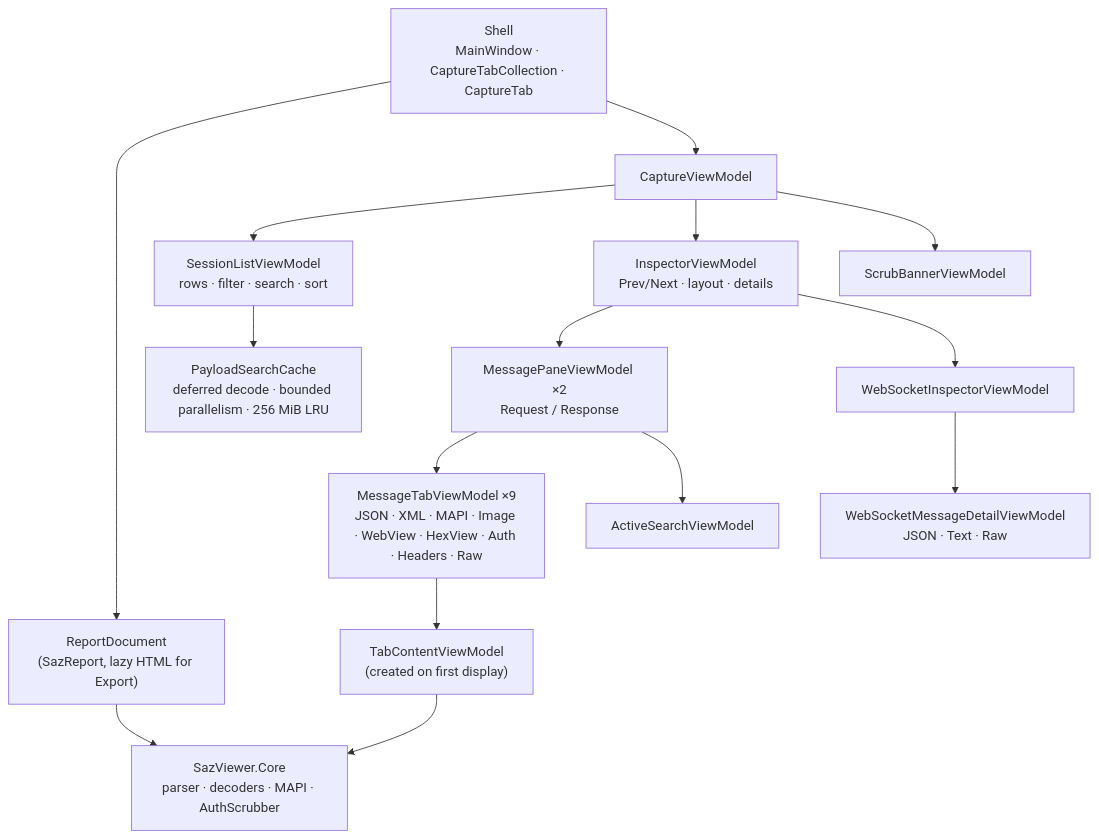
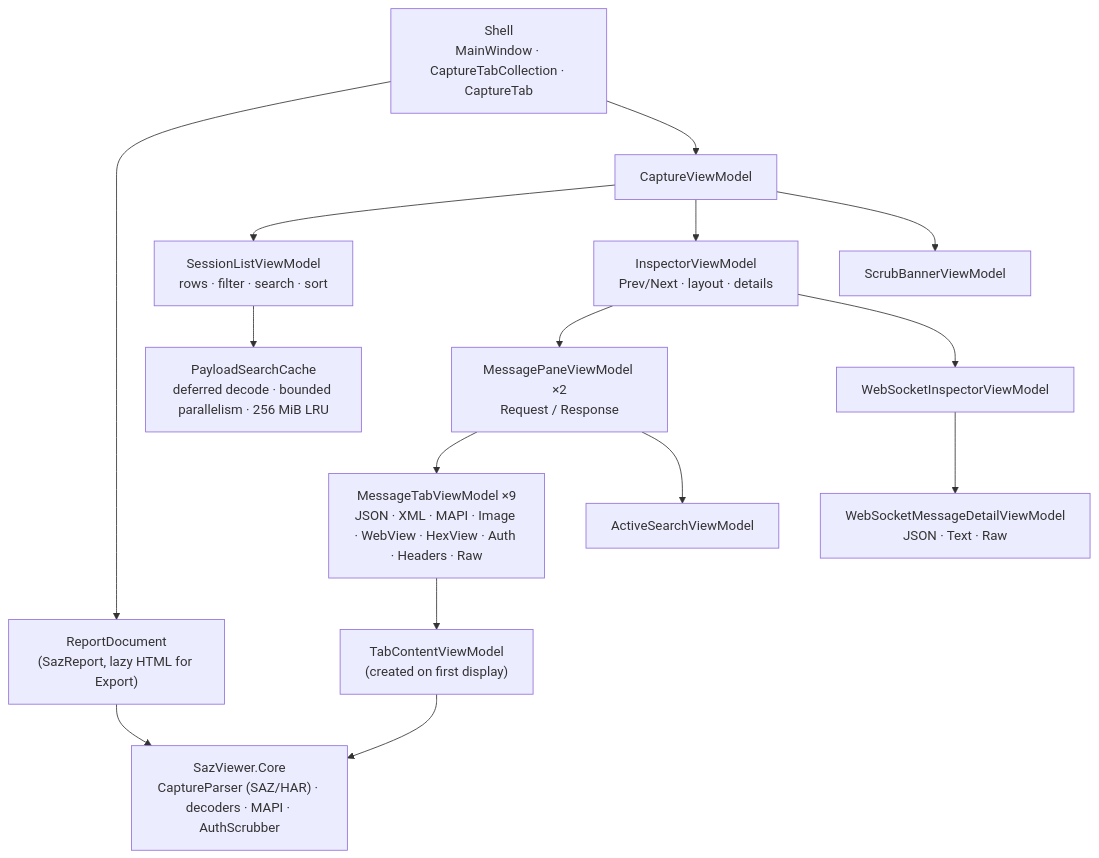
The first of 2 diagrams in docs/architecture/desktop-app.md (macienMSFT/Saz-Viewer), drawn with Mermaid before and after one commit. The commit also changed other lines of this file and 5 other files, not shown here.

````diff
--- a/docs/architecture/desktop-app.md
+++ b/docs/architecture/desktop-app.md
@@ -7,17 +7,17 @@
 ```mermaid
 flowchart TD
     SHELL["Shell<br/>MainWindow · CaptureTabCollection · CaptureTab"] --> DOC["ReportDocument<br/>(SazReport, lazy HTML for Export)"]
     SHELL --> CVM["CaptureViewModel"]
     CVM --> GRID["SessionListViewModel<br/>rows · filter · search · sort"]
     GRID --> PAYLOAD["PayloadSearchCache<br/>deferred decode · bounded parallelism · 256 MiB LRU"]
     CVM --> INS["InspectorViewModel<br/>Prev/Next · layout · details"]
     CVM --> BANNER["ScrubBannerViewModel"]
     INS --> PANE["MessagePaneViewModel ×2<br/>Request / Response"]
     INS --> WSI["WebSocketInspectorViewModel"]
     PANE --> TAB["MessageTabViewModel ×9<br/>JSON · XML · MAPI · Image · WebView · HexView · Auth · Headers · Raw"]
     PANE --> SEARCH["ActiveSearchViewModel"]
     TAB --> CONTENT["TabContentViewModel<br/>(created on first display)"]
     WSI --> WSD["WebSocketMessageDetailViewModel<br/>JSON · Text · Raw"]
-    DOC --> CORE["SazViewer.Core<br/>parser · decoders · MAPI · AuthScrubber"]
+    DOC --> CORE["SazViewer.Core<br/>CaptureParser (SAZ/HAR) · decoders · MAPI · AuthScrubber"]
     CONTENT --> CORE
 ```
````
